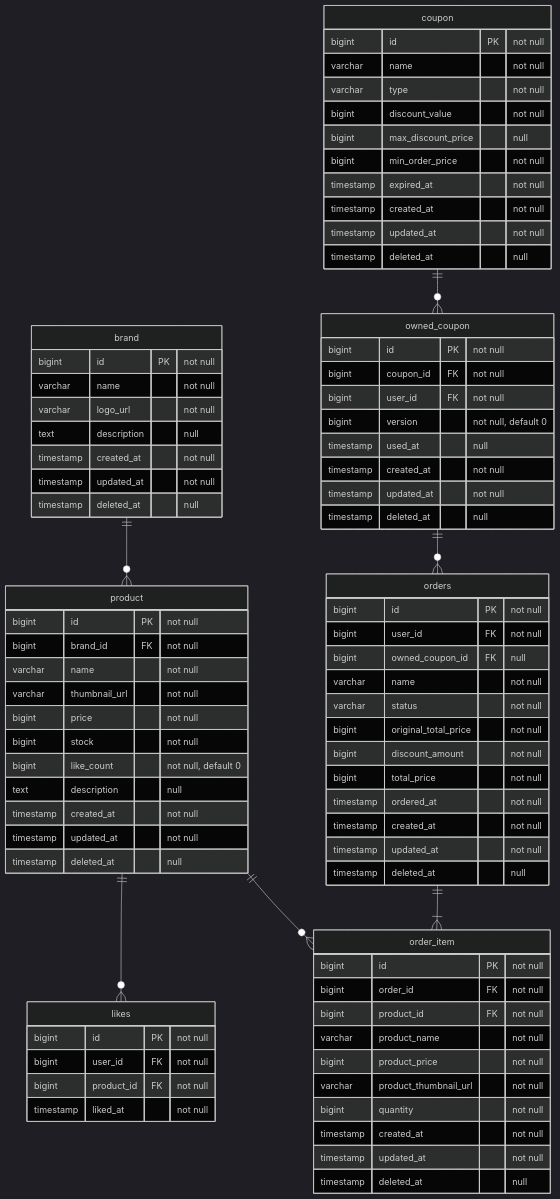
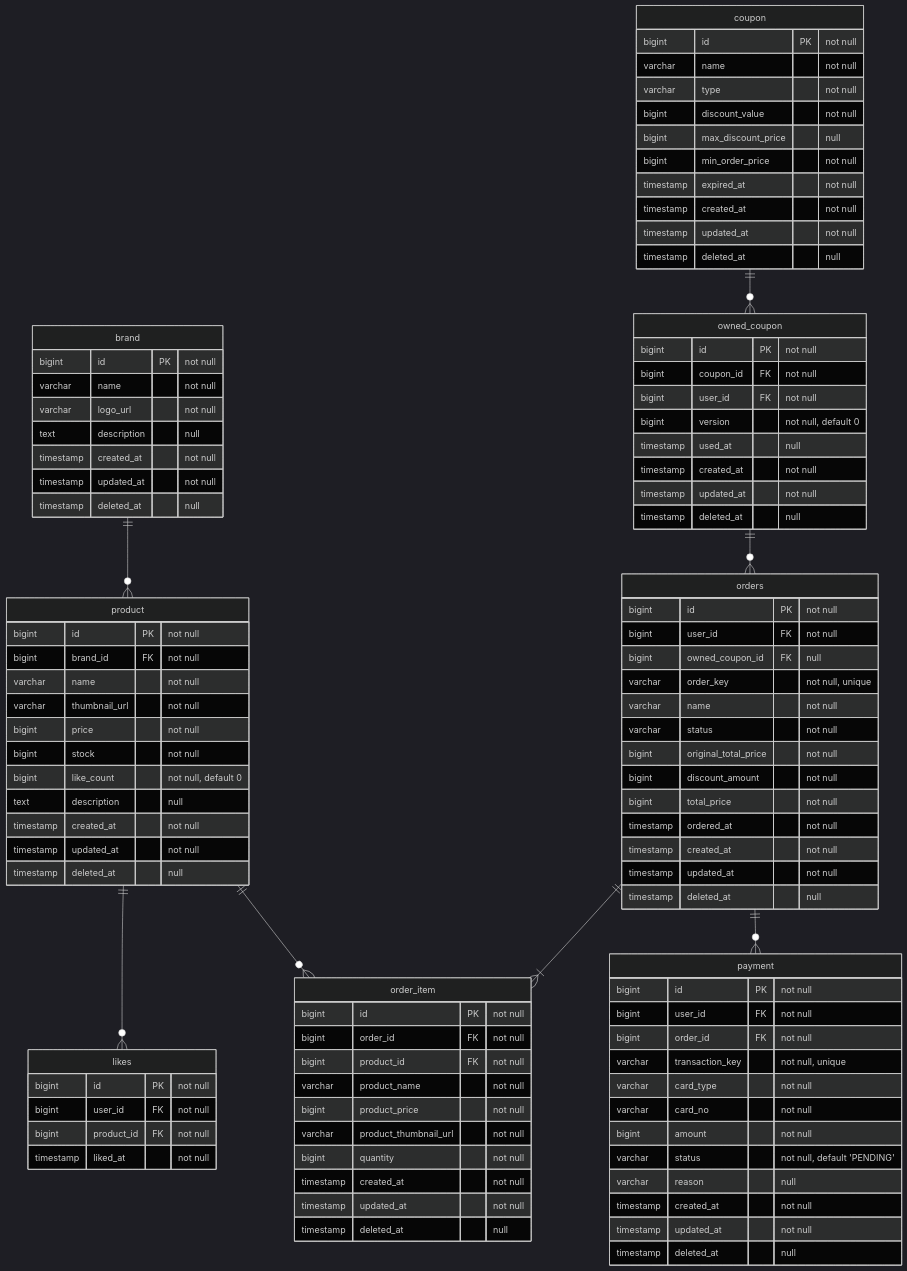
Before and after one commit to Loopers-dev-lab/loop-pack-be-l2-vol3-java: the diagram in .docs/design/04-erd.md, drawn with Mermaid (dark theme). The commit also changed other lines of this file and 122 other files, not shown here.

````diff
--- a/.docs/design/04-erd.md
+++ b/.docs/design/04-erd.md
@@ -78,6 +78,7 @@
         bigint id PK "not null"
         bigint user_id FK "not null"
         bigint owned_coupon_id FK "null"
+        varchar order_key "not null, unique"
         varchar name "not null"
         varchar status "not null"
         bigint original_total_price "not null"
@@ -102,10 +103,26 @@
         timestamp deleted_at "null"
     }
     
+    payment {
+        bigint id PK "not null"
+        bigint user_id FK "not null"
+        bigint order_id FK "not null"
+        varchar transaction_key "not null, unique"
+        varchar card_type "not null"
+        varchar card_no "not null"
+        bigint amount "not null"
+        varchar status "not null, default 'PENDING'"
+        varchar reason "null"
+        timestamp created_at "not null"
+        timestamp updated_at "not null"
+        timestamp deleted_at "null"
+    }
+
     brand ||--o{ product: ""
     product ||--o{ likes: ""
     product ||--o{ order_item: ""
     orders ||--|{ order_item: ""
+    orders ||--o{ payment: ""
     owned_coupon ||--o{ orders: ""
     coupon ||--o{ owned_coupon: ""
 ```
````
